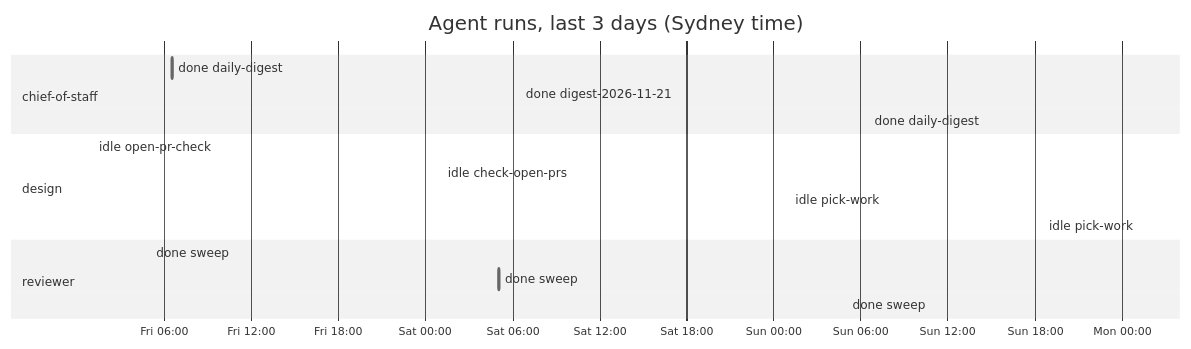
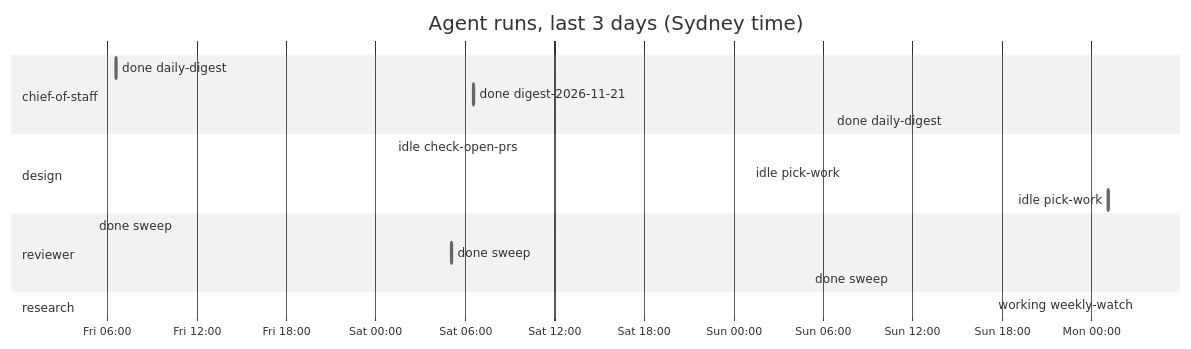
One commit to roulmediateam-byte/fifteen-expert-hq changed the diagram in dashboard.md. Above: the diagram before and after it, drawn with Mermaid (neutral theme). The commit also changed other lines of this file and 1 other file, not shown here.

````diff
--- a/dashboard.md
+++ b/dashboard.md
@@ -49,19 +49,20 @@
 ```mermaid
 gantt
     title Agent runs, last 3 days (Sydney time)
     dateFormat YYYY-MM-DD HH:mm
     axisFormat %a %H:%M
     section chief-of-staff
     done daily-digest :done, 2026-11-20 06:35, 2026-11-20 06:37
     done digest-2026-11-21 :done, 2026-11-21 06:34, 2026-11-21 06:36
     done daily-digest :done, 2026-11-22 06:34, 2026-11-22 06:36
     section design
-    idle open-pr-check :done, 2026-11-20 01:10, 2026-11-20 01:11
     idle check-open-prs :done, 2026-11-21 01:10, 2026-11-21 01:11
     idle pick-work :done, 2026-11-22 01:08, 2026-11-22 01:08
     idle pick-work :done, 2026-11-23 01:08, 2026-11-23 01:09
     section reviewer
     done sweep :done, 2026-11-20 05:05, 2026-11-20 05:05
     done sweep :done, 2026-11-21 05:05, 2026-11-21 05:06
     done sweep :done, 2026-11-22 05:05, 2026-11-22 05:06
+    section research
+    working weekly-watch :active, 2026-11-23 03:10, 2026-11-23 03:10
 ```
````
